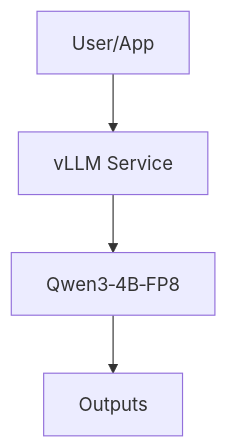
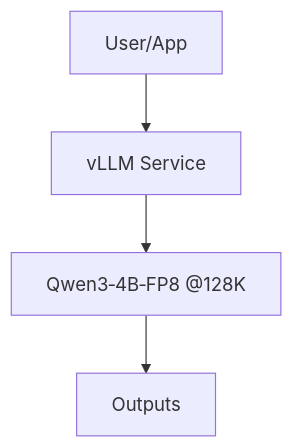
Before and after one commit to BjornMelin/docmind-ai-llm: the diagram in docs/developers/adrs/ADR-004-local-first-llm-strategy.md, drawn with Mermaid. The commit also changed other lines of this file and 7 other files, not shown here.

````diff
--- a/docs/developers/adrs/ADR-004-local-first-llm-strategy.md
+++ b/docs/developers/adrs/ADR-004-local-first-llm-strategy.md
@@ -173,6 +52,6 @@
 ```mermaid
 graph TD
   U[User/App] --> V[vLLM Service]
-  V --> L[Qwen3‑4B‑FP8]
+  V --> L[Qwen3‑4B‑FP8 @128K]
   L --> O[Outputs]
 ```
````
